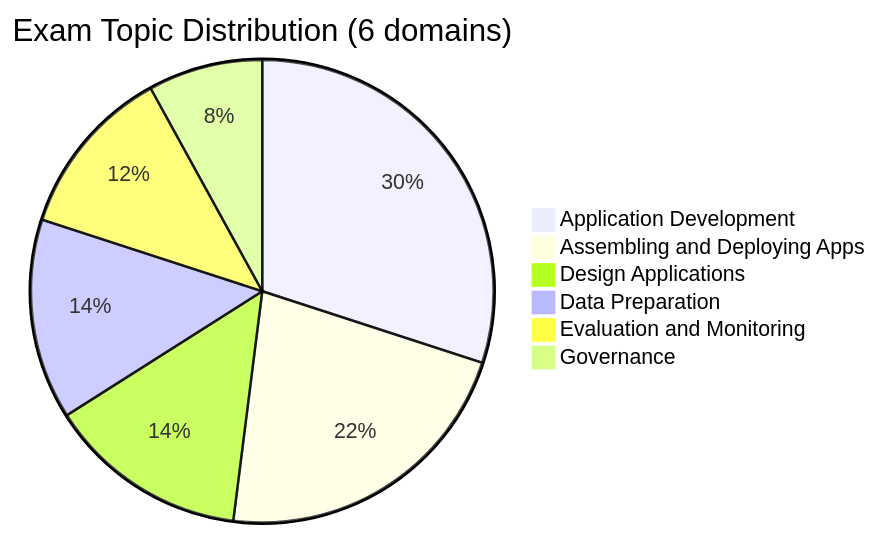
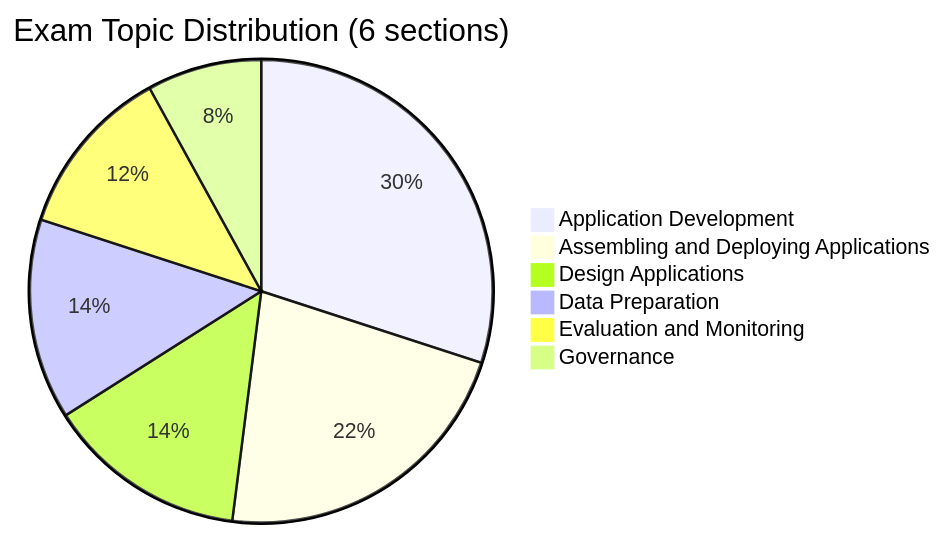
Before and after one commit to kengio/databricks-certification-study-guide: the diagram in certifications/genai-engineer-associate/README.md, drawn with Mermaid. The commit also changed other lines of this file and 52 other files, not shown here.

````diff
--- a/certifications/genai-engineer-associate/README.md
+++ b/certifications/genai-engineer-associate/README.md
@@ -44,9 +54,9 @@
 ```mermaid
-pie title Exam Topic Distribution (6 domains)
+pie title Exam Topic Distribution (6 sections)
     "Application Development" : 30
-    "Assembling and Deploying Apps" : 22
+    "Assembling and Deploying Applications" : 22
     "Design Applications" : 14
     "Data Preparation" : 14
     "Evaluation and Monitoring" : 12
     "Governance" : 8
 ```
````
